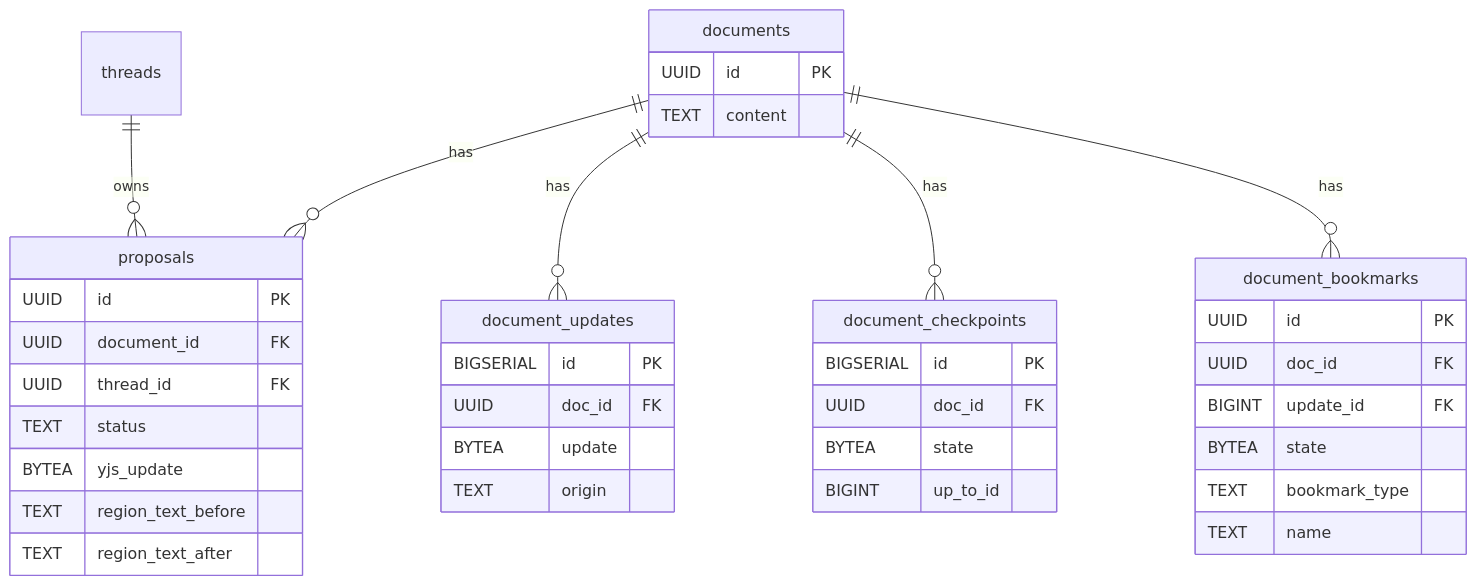
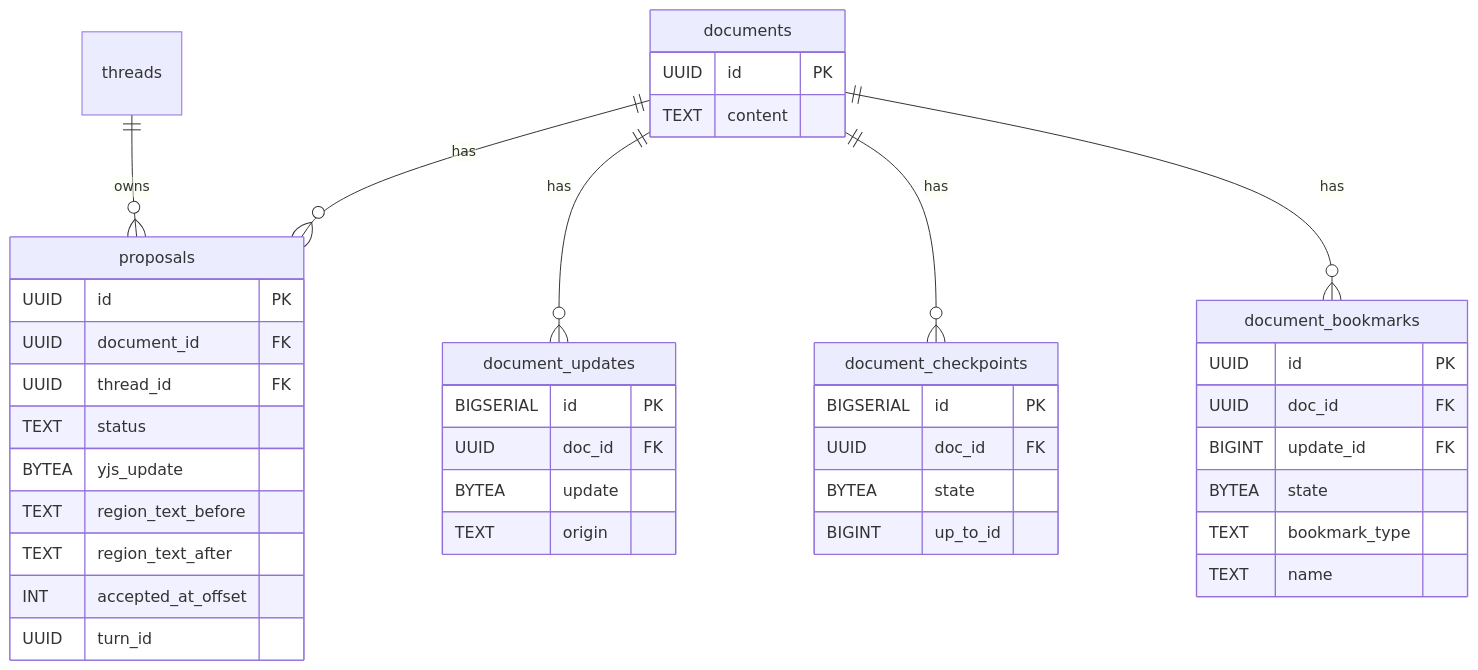
Before and after one commit to haowjy/meridian-flow: the first of 2 diagrams in .meridian/work/collab-data-model-v2/spec/schema-design.md, drawn with Mermaid. The commit also changed other lines of this file and 8 other files, not shown here.

````diff
--- a/.meridian/work/collab-data-model-v2/spec/schema-design.md
+++ b/.meridian/work/collab-data-model-v2/spec/schema-design.md
@@ -11,42 +11,44 @@
 ```mermaid
 erDiagram
     documents ||--o{ proposals : has
     documents ||--o{ document_updates : has
     documents ||--o{ document_checkpoints : has
     documents ||--o{ document_bookmarks : has
     threads ||--o{ proposals : owns
 
     documents {
         UUID id PK
         TEXT content
     }
     proposals {
         UUID id PK
         UUID document_id FK
         UUID thread_id FK
         TEXT status
         BYTEA yjs_update
         TEXT region_text_before
         TEXT region_text_after
+        INT accepted_at_offset
+        UUID turn_id
     }
     document_updates {
         BIGSERIAL id PK
         UUID doc_id FK
         BYTEA update
         TEXT origin
     }
     document_checkpoints {
         BIGSERIAL id PK
         UUID doc_id FK
         BYTEA state
         BIGINT up_to_id
     }
     document_bookmarks {
         UUID id PK
         UUID doc_id FK
         BIGINT update_id FK
         BYTEA state
         TEXT bookmark_type
         TEXT name
     }
 ```
````
